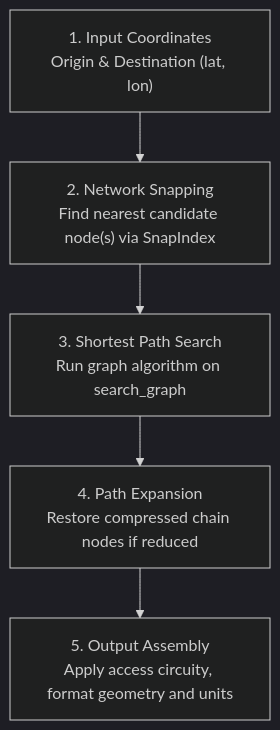
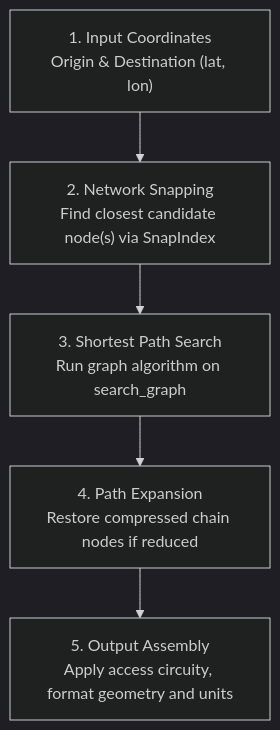
The second of 4 diagrams in ARCHITECTURE.md (connor-makowski/scgraph), drawn with Mermaid (dark theme) before and after one commit. The commit also changed other lines of this file and 66 other files, not shown here.

````diff
--- a/ARCHITECTURE.md
+++ b/ARCHITECTURE.md
@@ -157,7 +157,7 @@
 ```mermaid
 flowchart TD
-    A["1. Input Coordinates<br/>Origin & Destination (lat, lon)"] --> B["2. Network Snapping<br/>Find nearest candidate node(s) via SnapIndex"]
+    A["1. Input Coordinates<br/>Origin & Destination (lat, lon)"] --> B["2. Network Snapping<br/>Find closest candidate node(s) via SnapIndex"]
     B --> C["3. Shortest Path Search<br/>Run graph algorithm on search_graph"]
     C --> D["4. Path Expansion<br/>Restore compressed chain nodes if reduced"]
     D --> E["5. Output Assembly<br/>Apply access circuity, format geometry and units"]
 ```
````
